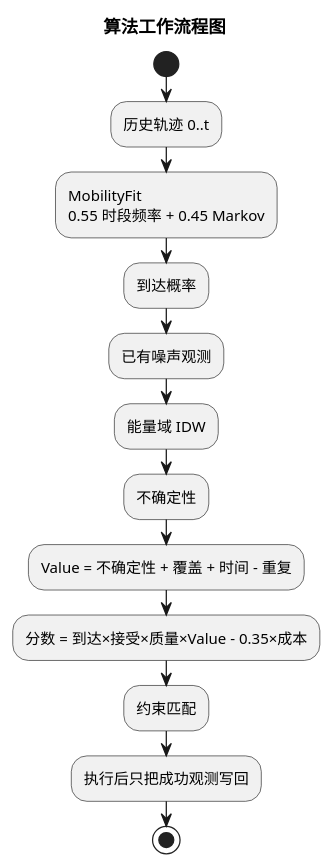
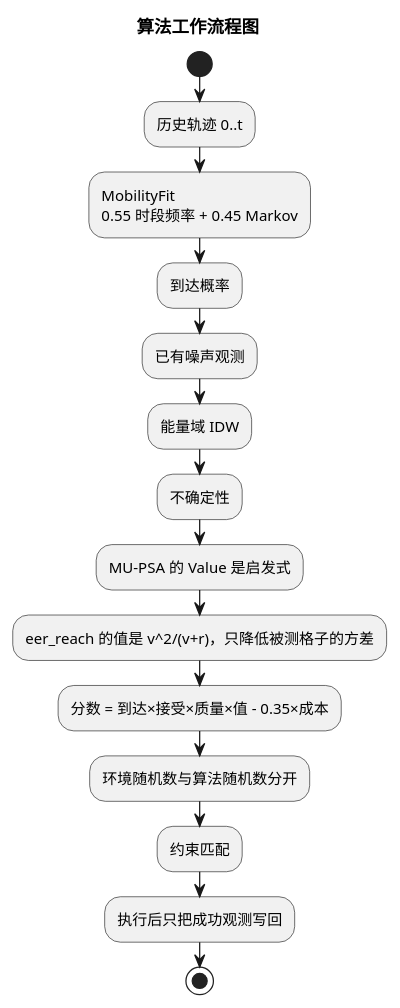
Before and after one commit to ChlorineHi/GraduateProject: diagram 15 of 17 in docs/uml/diagrams.puml, drawn with PlantUML. The commit also changed other lines of this file and 47 other files, not shown here.

```diff
--- a/docs/uml/diagrams.puml
+++ b/docs/uml/diagrams.puml
@@ -394,16 +396,18 @@
 @startuml 15_算法工作流程图
 skinparam defaultFontName WenQuanYi Micro Hei
 title 算法工作流程图
 start
 :历史轨迹 0..t;
 :MobilityFit\n0.55 时段频率 + 0.45 Markov;
 :到达概率;
 :已有噪声观测;
 :能量域 IDW;
 :不确定性;
-:Value = 不确定性 + 覆盖 + 时间 - 重复;
-:分数 = 到达×接受×质量×Value - 0.35×成本;
+:MU-PSA 的 Value 是启发式;
+:eer_reach 的值是 v^2/(v+r)，只降低被测格子的方差;
+:分数 = 到达×接受×质量×值 - 0.35×成本;
+:环境随机数与算法随机数分开;
 :约束匹配;
 :执行后只把成功观测写回;
 stop
 @enduml
```
